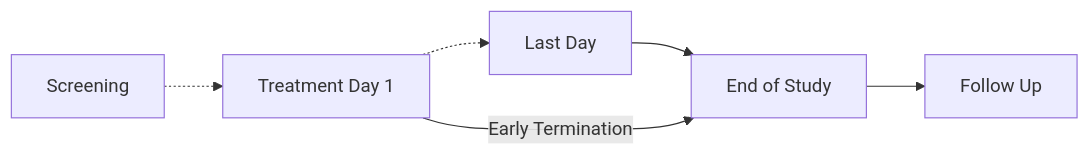
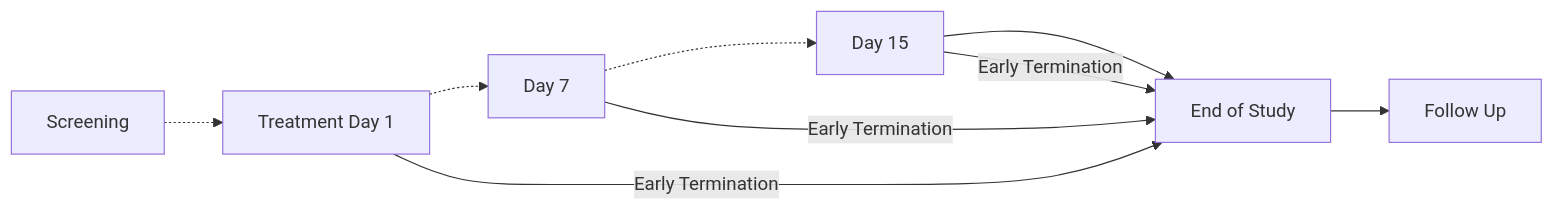
The second of 4 diagrams in input/pagecontent/dynamic-visit-plans.md (HL7/Vulcan-schedule-ig), drawn with Mermaid before and after one commit. The commit also changed other lines of this file, not shown here.

Commit message:
Add windows

````diff
--- a/input/pagecontent/dynamic-visit-plans.md
+++ b/input/pagecontent/dynamic-visit-plans.md
@@ -232,13 +232,17 @@
 ```mermaid
 graph LR;
   StudyVisit01[Screening]
   StudyVisit03Day1[Treatment Day 1]
-  StudyVisit04Day15[Last Day]
+  StudyVisit04Day7[Day 7]
+  StudyVisit05Day15[Day 15]
   StudyVisitEoS[End of Study]
   StudyVisitFollowUp[Follow Up]
   StudyVisit01-.->StudyVisit03Day1
-  StudyVisit03Day1-.->StudyVisit04Day15
-  StudyVisit04Day15-->StudyVisitEoS
+  StudyVisit03Day1-.->StudyVisit04Day7
+  StudyVisit04Day7-.->StudyVisit05Day15
+  StudyVisit05Day15-->StudyVisitEoS
   StudyVisitEoS-->StudyVisitFollowUp
   StudyVisit03Day1--Early Termination-->StudyVisitEoS
+  StudyVisit04Day7--Early Termination-->StudyVisitEoS
+  StudyVisit05Day15--Early Termination-->StudyVisitEoS
 ```
````
